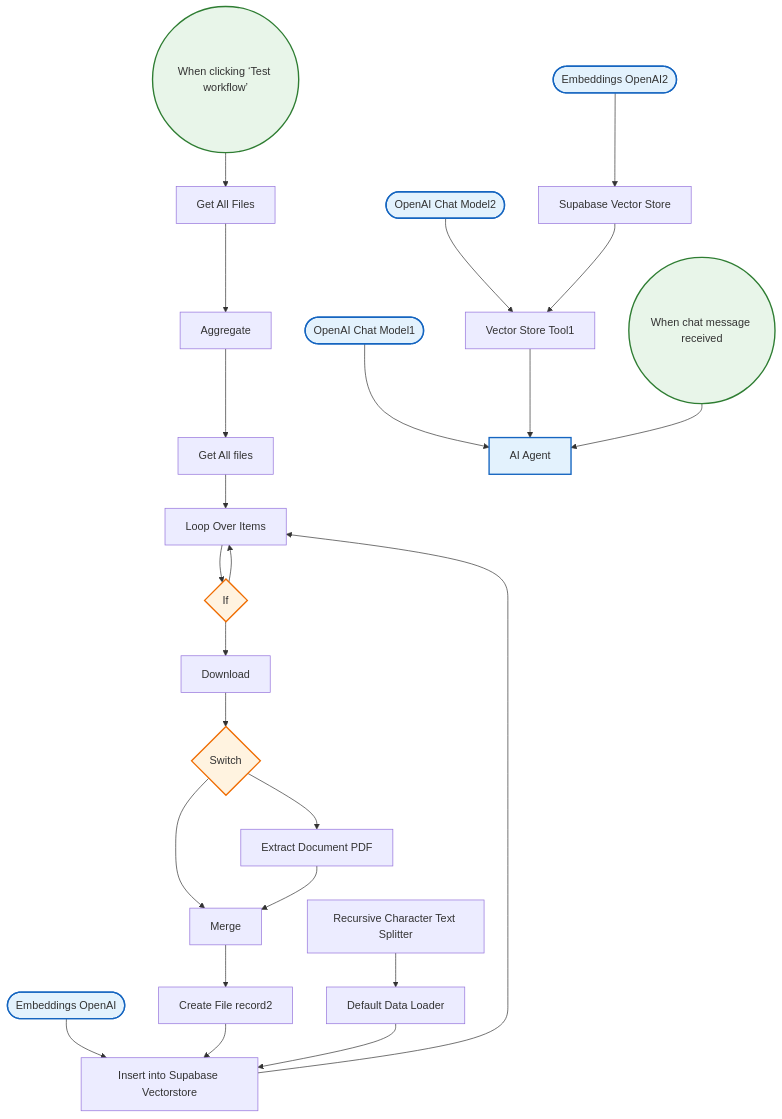
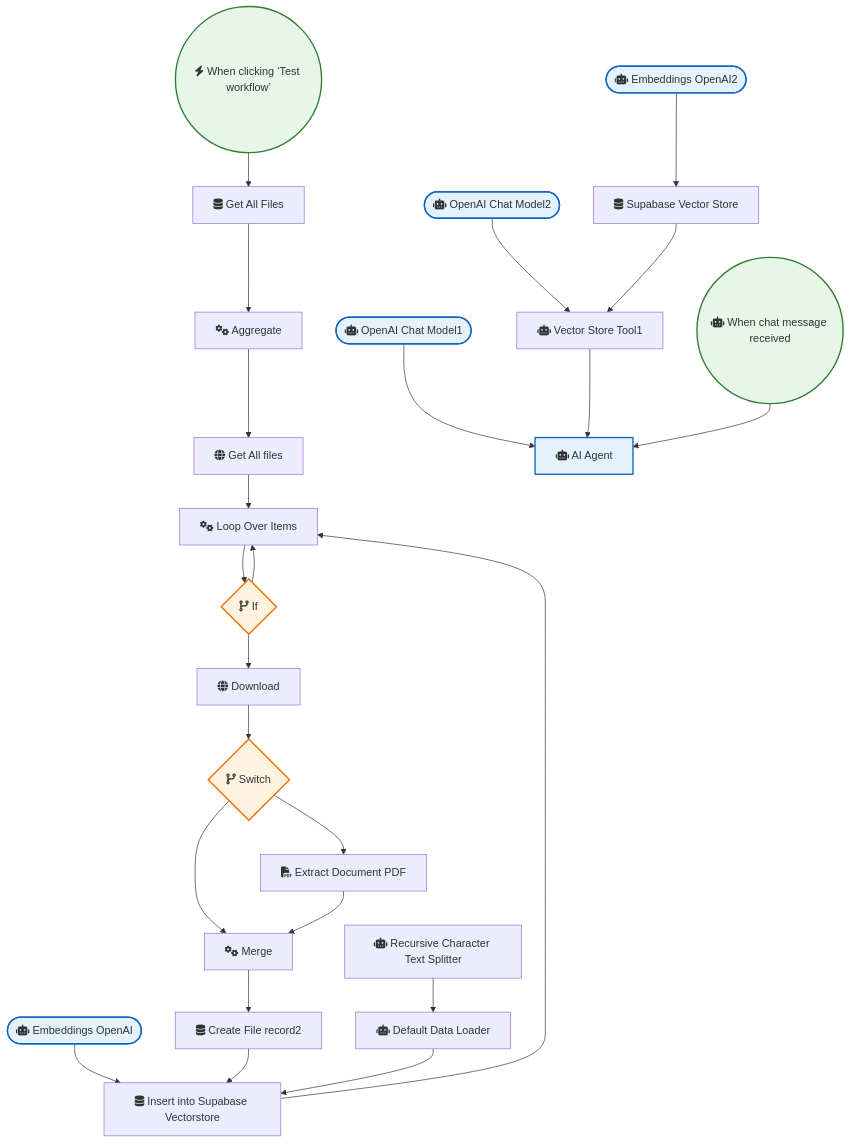
The diagram in OpenAI_and_LLMs/AI Agent To Chat With Files In Supabase Storage.md (sreyash3105/N8N-DEMO-AUTOMATIONS), drawn with Mermaid before and after one commit. The commit also changed 291 other files, not shown here.

````diff
--- a/OpenAI_and_LLMs/AI Agent To Chat With Files In Supabase Storage.md
+++ b/OpenAI_and_LLMs/AI Agent To Chat With Files In Supabase Storage.md
@@ -1,53 +1,53 @@
 ```mermaid
 graph TD
     classDef trigger fill:#e8f5e9,stroke:#2e7d32,stroke-width:2px;
     classDef ai fill:#e3f2fd,stroke:#1565c0,stroke-width:2px;
     classDef logic fill:#fff3e0,stroke:#ef6c00,stroke-width:2px;
 
-    Get_All_files["Get All files"]
-    Default_Data_Loader["Default Data Loader"]
-    Recursive_Character_Text_Splitter["Recursive Character Text Splitter"]
-    Extract_Document_PDF["Extract Document PDF"]
-    Embeddings_OpenAI(["Embeddings OpenAI"]):::ai
-    Create_File_record2["Create File record2"]
-    If{"If"}:::logic
-    Get_All_Files["Get All Files"]
-    Download["Download"]
-    Loop_Over_Items["Loop Over Items"]
-    When_clicking__Test_workflow_(("When clicking ‘Test workflow’")):::trigger
-    Aggregate["Aggregate"]
-    When_chat_message_received(("When chat message received")):::trigger
-    OpenAI_Chat_Model1(["OpenAI Chat Model1"]):::ai
-    Embeddings_OpenAI2(["Embeddings OpenAI2"]):::ai
-    OpenAI_Chat_Model2(["OpenAI Chat Model2"]):::ai
-    Vector_Store_Tool1["Vector Store Tool1"]
-    Switch{"Switch"}:::logic
-    Insert_into_Supabase_Vectorstore["Insert into Supabase Vectorstore"]
-    Merge["Merge"]
-    AI_Agent["AI Agent"]:::ai
-    Supabase_Vector_Store["Supabase Vector Store"]
+    Get_All_files["fas:fa-globe Get All files"]
+    Default_Data_Loader["fas:fa-robot Default Data Loader"]
+    Recursive_Character_Text_Splitter["fas:fa-robot Recursive Character Text Splitter"]
+    Extract_Document_PDF["fas:fa-file-pdf Extract Document PDF"]
+    Embeddings_OpenAI(["fas:fa-robot Embeddings OpenAI"]):::ai
+    Create_File_record2["fas:fa-database Create File record2"]
+    If{"fas:fa-code-branch If"}:::logic
+    Get_All_Files["fas:fa-database Get All Files"]
+    Download["fas:fa-globe Download"]
+    Loop_Over_Items["fas:fa-cogs Loop Over Items"]
+    When_clicking__Test_workflow_(("fas:fa-bolt When clicking ‘Test workflow’")):::trigger
+    Aggregate["fas:fa-cogs Aggregate"]
+    When_chat_message_received(("fas:fa-robot When chat message received")):::trigger
+    OpenAI_Chat_Model1(["fas:fa-robot OpenAI Chat Model1"]):::ai
+    Embeddings_OpenAI2(["fas:fa-robot Embeddings OpenAI2"]):::ai
+    OpenAI_Chat_Model2(["fas:fa-robot OpenAI Chat Model2"]):::ai
+    Vector_Store_Tool1["fas:fa-robot Vector Store Tool1"]
+    Switch{"fas:fa-code-branch Switch"}:::logic
+    Insert_into_Supabase_Vectorstore["fas:fa-database Insert into Supabase Vectorstore"]
+    Merge["fas:fa-cogs Merge"]
+    AI_Agent["fas:fa-robot AI Agent"]:::ai
+    Supabase_Vector_Store["fas:fa-database Supabase Vector Store"]
 
     If --> Download
     If --> Loop_Over_Items
     Merge --> Create_File_record2
     Switch --> Merge
     Switch --> Extract_Document_PDF
     Download --> Switch
     Aggregate --> Get_All_files
     Get_All_Files --> Aggregate
     Get_All_files --> Loop_Over_Items
     Loop_Over_Items --> If
     Embeddings_OpenAI --> Insert_into_Supabase_Vectorstore
     Embeddings_OpenAI2 --> Supabase_Vector_Store
     OpenAI_Chat_Model1 --> AI_Agent
     OpenAI_Chat_Model2 --> Vector_Store_Tool1
     Vector_Store_Tool1 --> AI_Agent
     Create_File_record2 --> Insert_into_Supabase_Vectorstore
     Default_Data_Loader --> Insert_into_Supabase_Vectorstore
     Extract_Document_PDF --> Merge
     Supabase_Vector_Store --> Vector_Store_Tool1
     When_chat_message_received --> AI_Agent
     Insert_into_Supabase_Vectorstore --> Loop_Over_Items
     Recursive_Character_Text_Splitter --> Default_Data_Loader
     When_clicking__Test_workflow_ --> Get_All_Files
 ```
````
